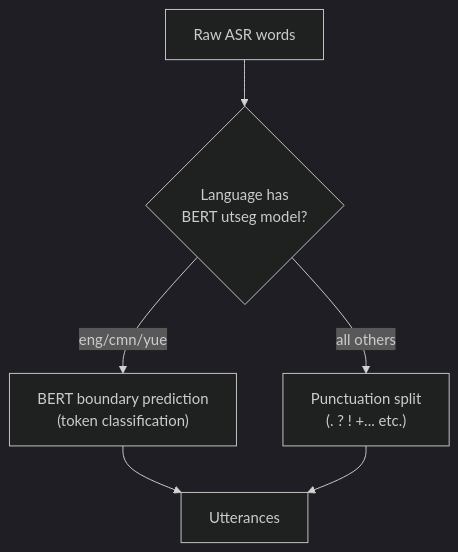
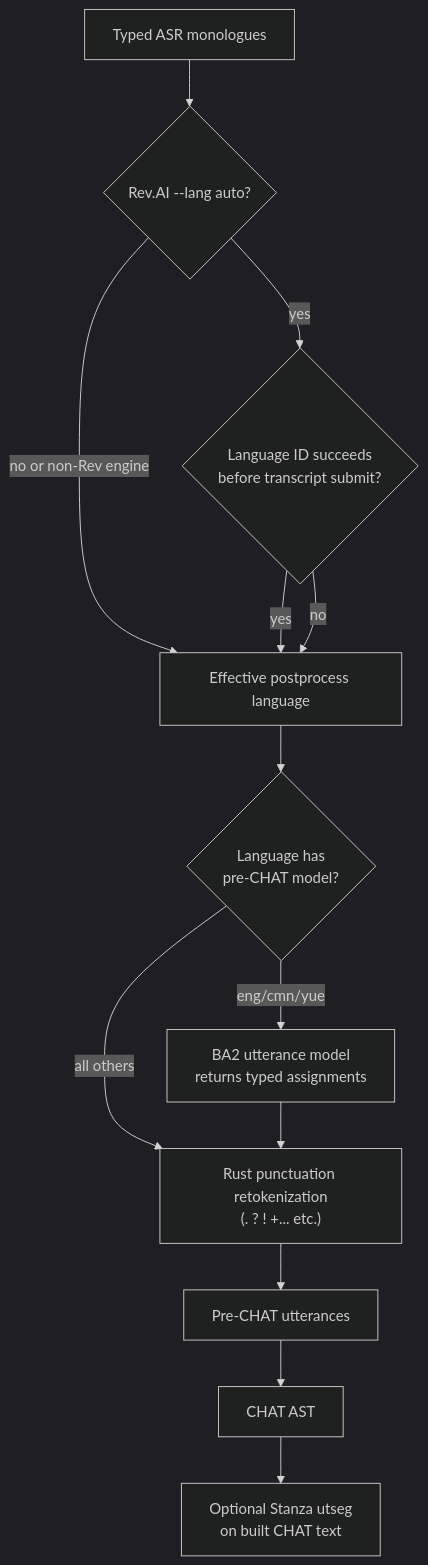
One commit to TalkBank/batchalign3 changed the diagram in book/src/reference/utterance-segmentation.md. Above: the diagram before and after it, drawn with Mermaid (dark theme). The commit also changed other lines of this file and 109 other files, not shown here.

````diff
--- a/book/src/reference/utterance-segmentation.md
+++ b/book/src/reference/utterance-segmentation.md
@@ -19,14 +36,26 @@
 ```mermaid
 flowchart TD
-    asr["Raw ASR words"]
-    check{"Language has\nBERT utseg model?"}
-    bert["BERT boundary prediction\n(token classification)"]
-    punct["Punctuation split\n(. ? ! +... etc.)"]
-    utts["Utterances"]
+    asr["Typed ASR monologues"]
+    revauto{"Rev.AI --lang auto?"}
+    langid{"Language ID succeeds\nbefore transcript submit?"}
+    efflang["Effective postprocess language"]
+    check{"Language has\npre-CHAT model?"}
+    bert["BA2 utterance model\nreturns typed assignments"]
+    punct["Rust punctuation retokenization\n(. ? ! +... etc.)"]
+    utts["Pre-CHAT utterances"]
+    chat["CHAT AST"]
+    stanza["Optional Stanza utseg\non built CHAT text"]
 
-    asr --> check
+    asr --> revauto
+    revauto -->|no or non-Rev engine| efflang
+    revauto -->|yes| langid
+    langid -->|yes| efflang
+    langid -->|no| efflang
+    efflang --> check
     check -->|eng/cmn/yue| bert
     check -->|all others| punct
-    bert --> utts
+    bert --> punct
     punct --> utts
+    utts --> chat
+    chat --> stanza
 ```
````
